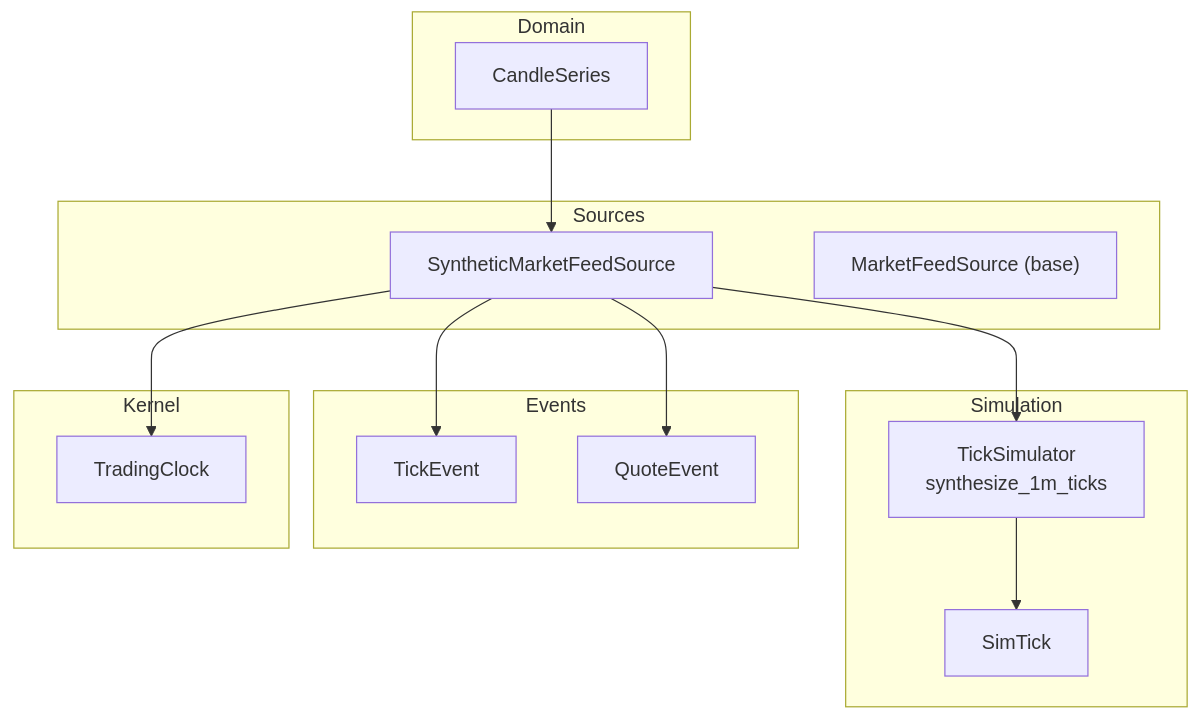
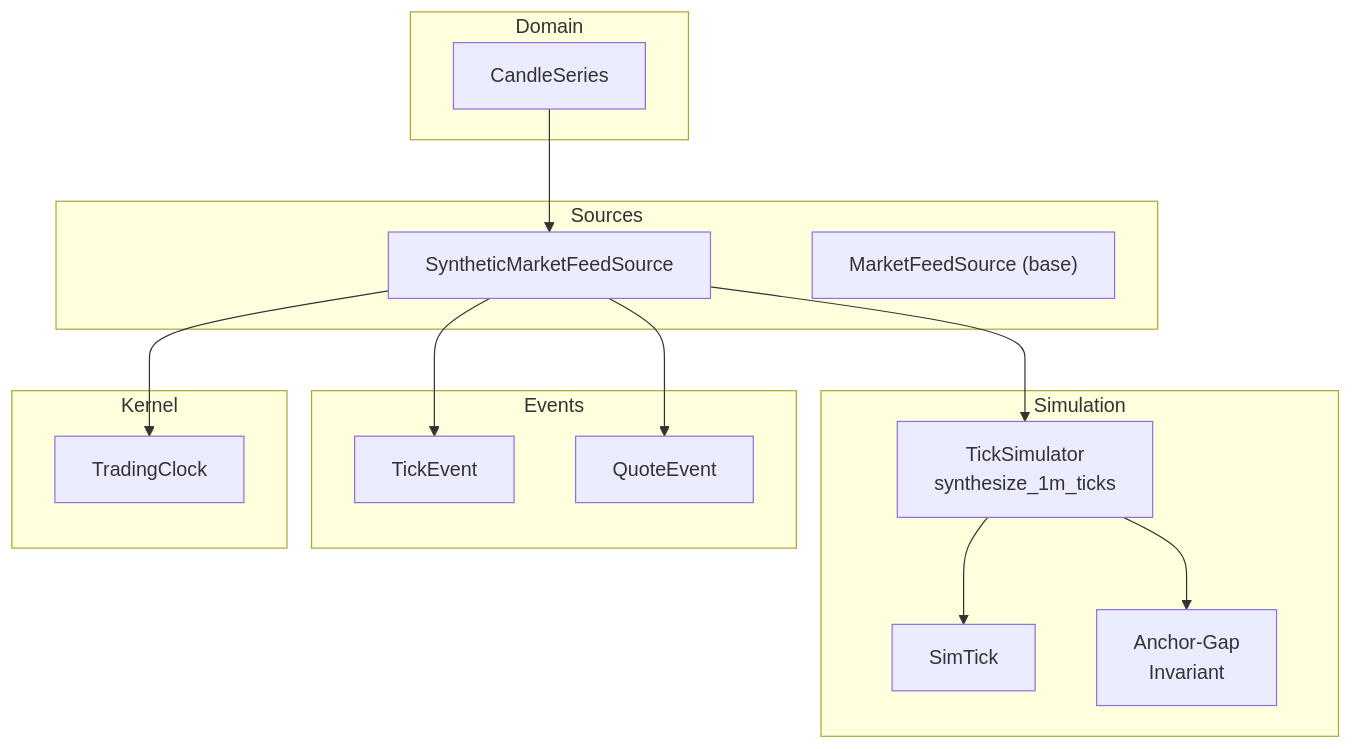
Before and after one commit to Ganesh-Kusundal/nTrade: the first of 6 diagrams in .qoder/repowiki/en/content/Backtesting & Simulation/Tick Simulator.md, drawn with Mermaid. The commit also changed other lines of this file and 203 other files, not shown here.

````diff
--- a/.qoder/repowiki/en/content/Backtesting & Simulation/Tick Simulator.md
+++ b/.qoder/repowiki/en/content/Backtesting & Simulation/Tick Simulator.md
@@ -32,27 +44,29 @@
 ```mermaid
 graph TB
 subgraph "Simulation"
 TS["TickSimulator<br/>synthesize_1m_ticks"]
 ST["SimTick"]
+AG["Anchor-Gap<br/>Invariant"]
 end
 subgraph "Sources"
 SF["SyntheticMarketFeedSource"]
 MF["MarketFeedSource (base)"]
 end
 subgraph "Domain"
 CS["CandleSeries"]
 end
 subgraph "Events"
 TE["TickEvent"]
 QE["QuoteEvent"]
 end
 subgraph "Kernel"
 CLK["TradingClock"]
 end
 CS --> SF
 SF --> TS
 SF --> QE
 SF --> TE
 SF --> CLK
 TS --> ST
+TS --> AG
 ```
````
